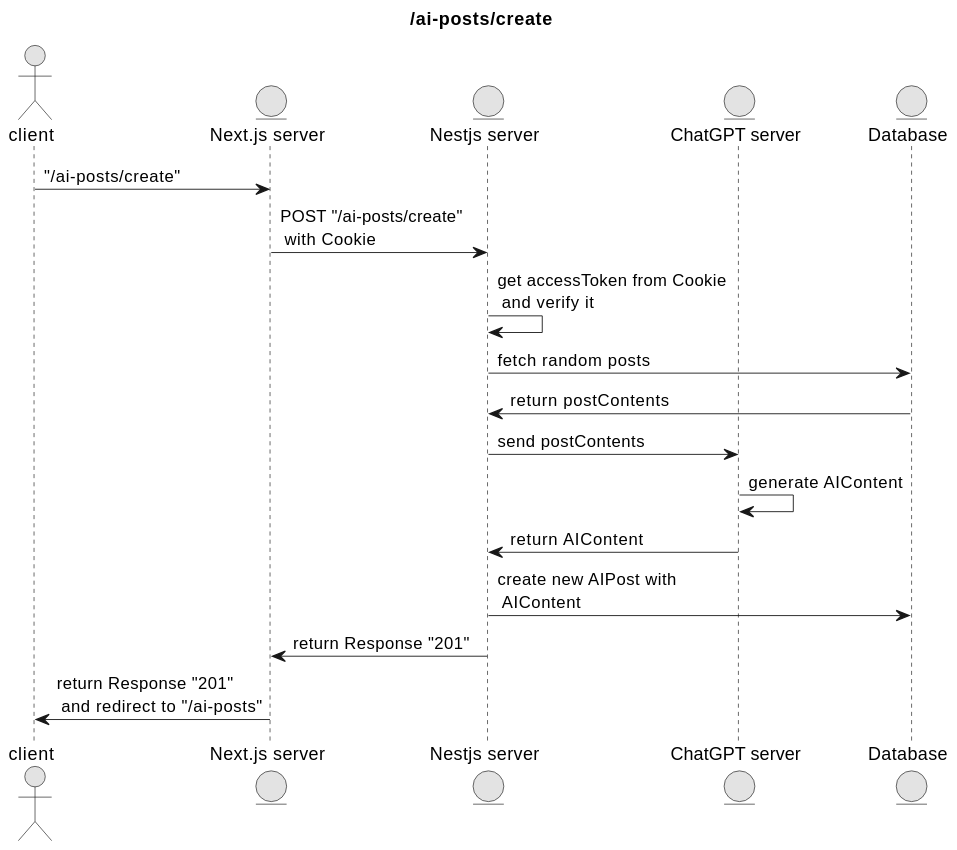
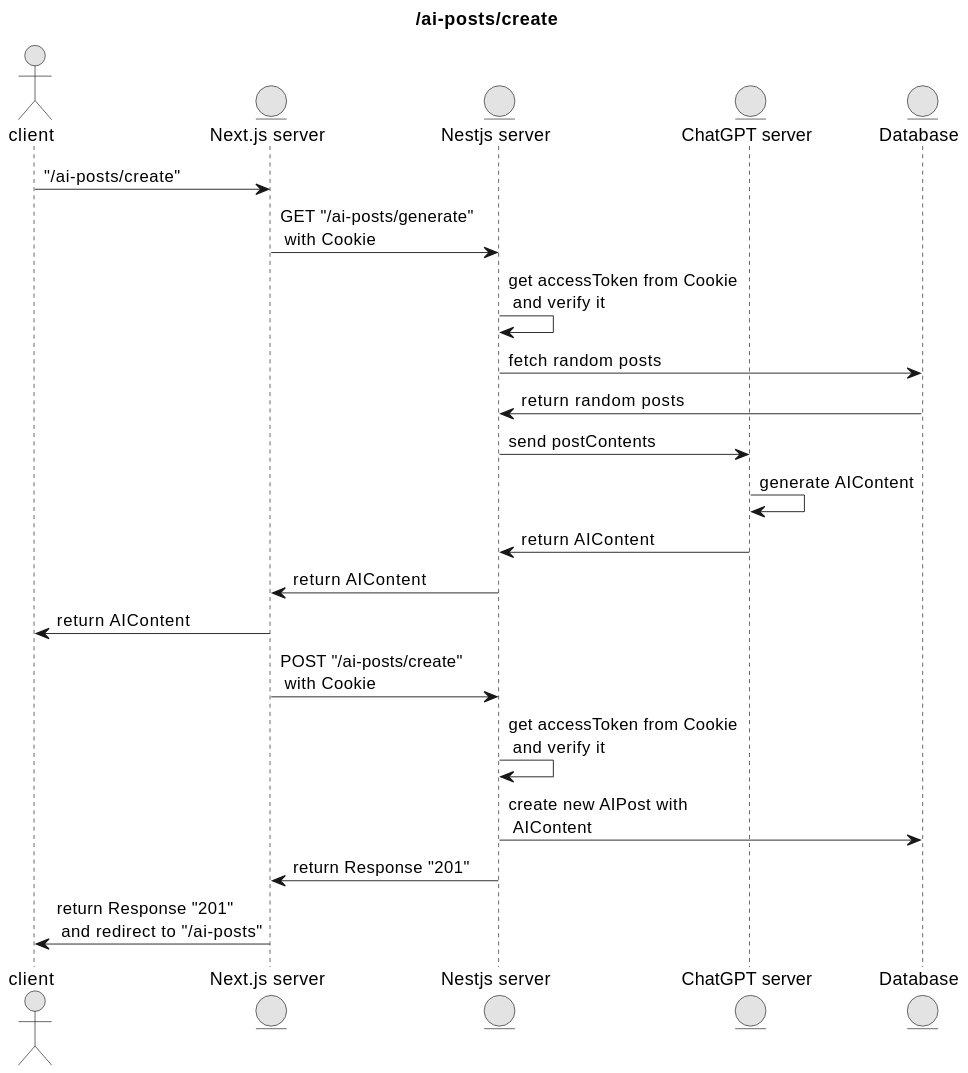
The diagram in public/diagram/sequence/ai-posts/create.adoc (tomo324/idea-app-front), drawn with PlantUML before and after one commit.

Commit message:
📝 #58 ドキュメントの更新

```diff
--- a/public/diagram/sequence/ai-posts/create.adoc
+++ b/public/diagram/sequence/ai-posts/create.adoc
@@ -1,25 +1,31 @@
 [plantuml,alice-bob,svg,role=sequence]
 ....
 title /ai-posts/create
 skinparam monochrome true
 skinparam ranksep 20
 skinparam dpi 150
 skinparam arrowThickness 0.7
 
 actor client
 entity "Next.js server" as next
 entity "Nestjs server" as nest
 entity "ChatGPT server" as gpt
 entity "Database" as db
+
 client->next: "/ai-posts/create"
-next->nest: POST "/ai-posts/create" \n with Cookie
+next->nest: GET "/ai-posts/generate" \n with Cookie
 nest->nest: get accessToken from Cookie \n and verify it
 nest->db: fetch random posts
-db->nest: return postContents
+db->nest: return random posts
 nest->gpt: send postContents
 gpt->gpt: generate AIContent
 gpt->nest: return AIContent
+nest->next: return AIContent
+next->client: return AIContent
+
+next->nest: POST "/ai-posts/create" \n with Cookie
+nest->nest: get accessToken from Cookie \n and verify it
 nest->db: create new AIPost with \n AIContent
 nest->next: return Response "201"
 next->client: return Response "201" \n and redirect to "/ai-posts"
 ....
```
